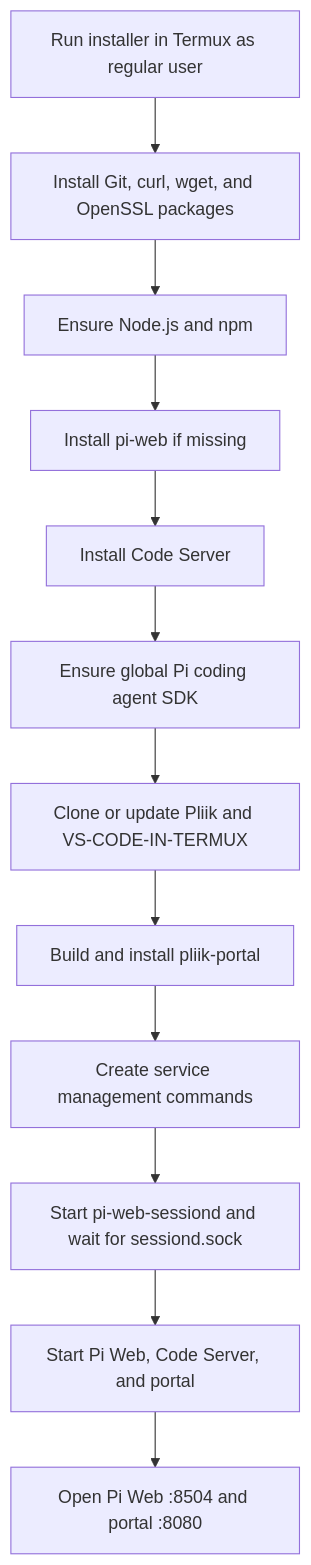
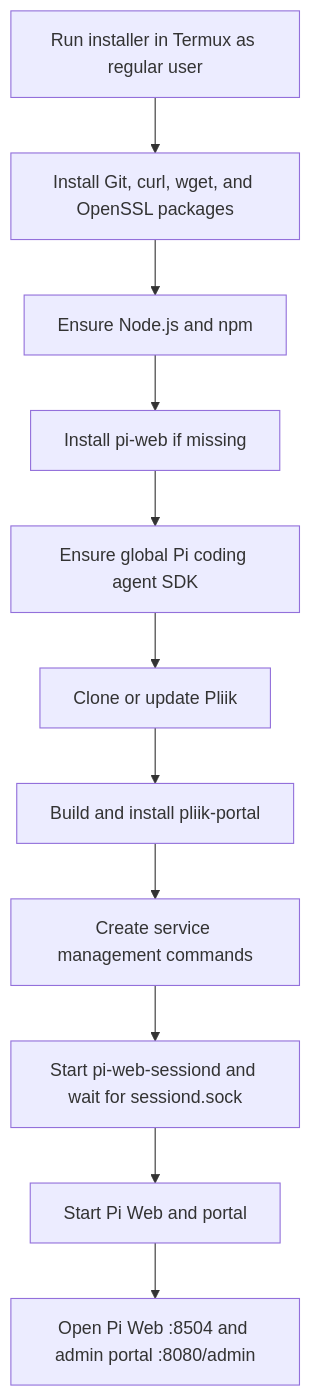
Before and after one commit to mutualendemic/pliik: the second of 2 diagrams in ARCHITECTURE.md, drawn with Mermaid. The commit also changed other lines of this file and 6 other files, not shown here.

Commit message:
Remove Code Server and workspace portal

````diff
--- a/ARCHITECTURE.md
+++ b/ARCHITECTURE.md
@@ -49,17 +48,16 @@
 ```mermaid
 flowchart TD
     Start[Run installer in Termux as regular user]
     Base[Install Git, curl, wget, and OpenSSL packages]
     Runtime[Ensure Node.js and npm]
     PiWeb[Install pi-web if missing]
-    CodeServer[Install Code Server]
     SDK[Ensure global Pi coding agent SDK]
-    Checkout[Clone or update Pliik and VS-CODE-IN-TERMUX]
+    Checkout[Clone or update Pliik]
     BuildPortal[Build and install pliik-portal]
     Commands[Create service management commands]
     Sessiond[Start pi-web-sessiond and wait for sessiond.sock]
-    Server[Start Pi Web, Code Server, and portal]
-    Ready[Open Pi Web :8504 and portal :8080]
+    Server[Start Pi Web and portal]
+    Ready[Open Pi Web :8504 and admin portal :8080/admin]
 
-    Start --> Base --> Runtime --> PiWeb --> CodeServer --> SDK --> Checkout --> BuildPortal --> Commands --> Sessiond --> Server --> Ready
+    Start --> Base --> Runtime --> PiWeb --> SDK --> Checkout --> BuildPortal --> Commands --> Sessiond --> Server --> Ready
 ```
````
